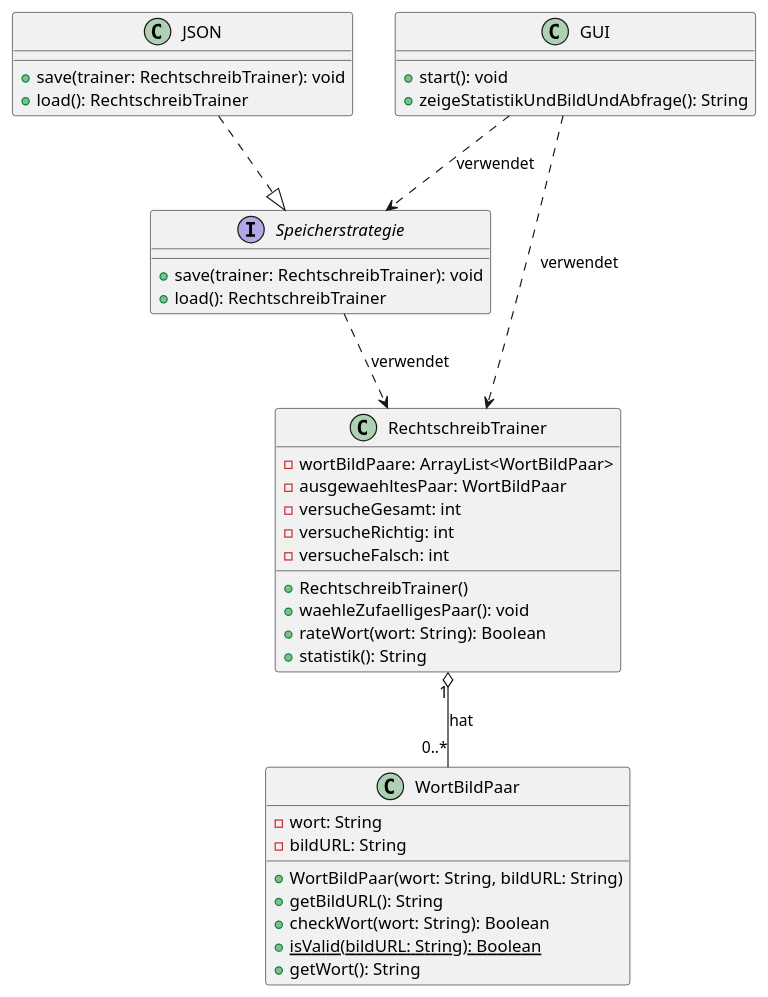
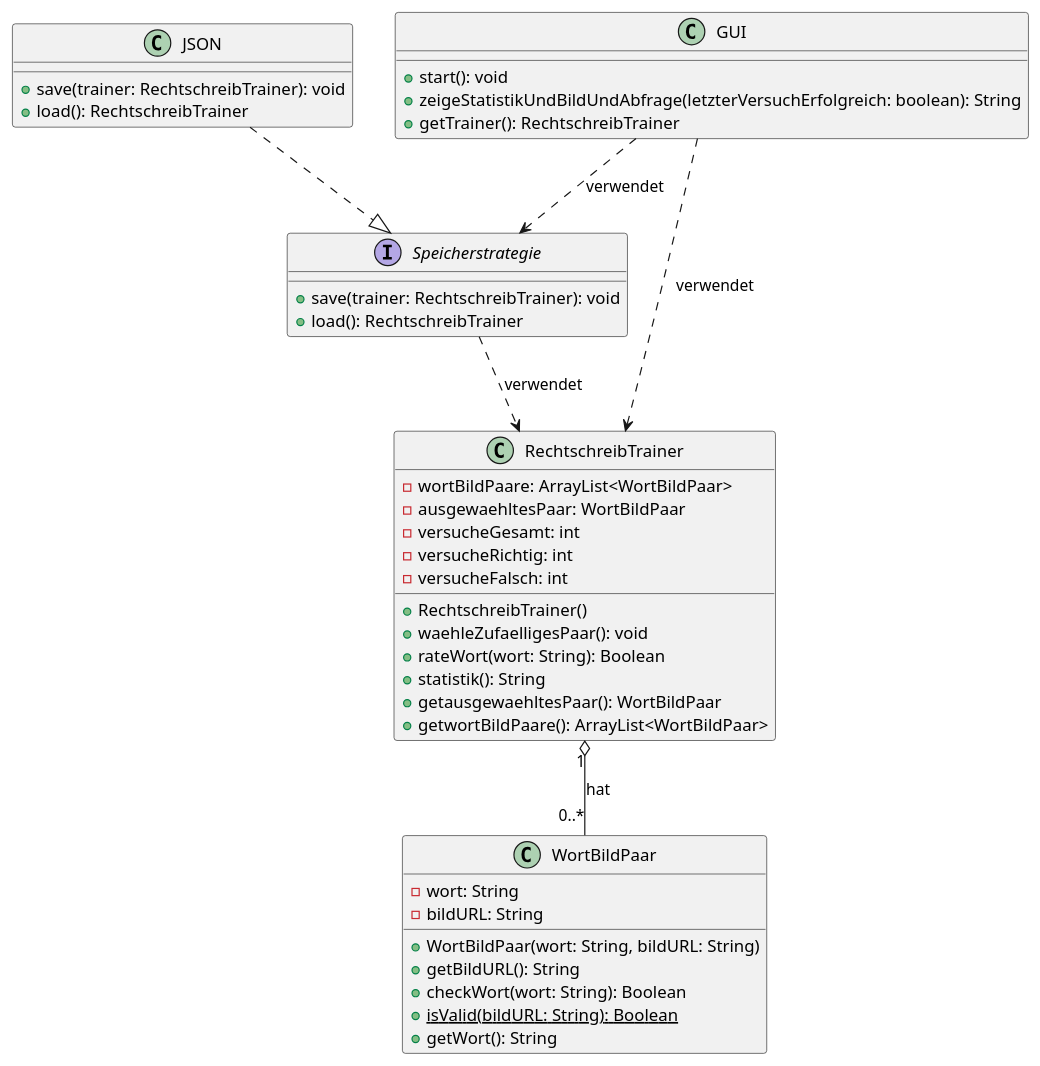
One commit to TGM-HIT/sew9-2425-worttrainer-rmartin69420 changed the diagram in src/main/java/org/rmartin/Worttrainer-UML.puml. Above: the diagram before and after it, drawn with PlantUML. The commit also changed 1 other file, not shown here.

Commit message:
Finales UML

```diff
--- a/src/main/java/org/rmartin/Worttrainer-UML.puml
+++ b/src/main/java/org/rmartin/Worttrainer-UML.puml
@@ -1,44 +1,47 @@
 @startuml
 class WortBildPaar {
   -wort: String
   -bildURL: String
   +WortBildPaar(wort: String, bildURL: String)
   +getBildURL(): String
   +checkWort(wort: String): Boolean
   {static} +isValid(bildURL: String): Boolean
   +getWort(): String
 }
 
 class RechtschreibTrainer {
   -wortBildPaare: ArrayList<WortBildPaar>
   -ausgewaehltesPaar: WortBildPaar
   -versucheGesamt: int
   -versucheRichtig: int
   -versucheFalsch: int
   +RechtschreibTrainer()
   +waehleZufaelligesPaar(): void
   +rateWort(wort: String): Boolean
   +statistik(): String
+  +getausgewaehltesPaar(): WortBildPaar
+  +getwortBildPaare(): ArrayList<WortBildPaar>
 }
 
 interface Speicherstrategie {
   +save(trainer: RechtschreibTrainer): void
   +load(): RechtschreibTrainer
 }
 
 class JSON {
   +save(trainer: RechtschreibTrainer): void
   +load(): RechtschreibTrainer
 }
 
 class GUI {
   +start(): void
-  +zeigeStatistikUndBildUndAbfrage(): String
+  +zeigeStatistikUndBildUndAbfrage(letzterVersuchErfolgreich: boolean): String
+  +getTrainer(): RechtschreibTrainer
 }
 
 RechtschreibTrainer "1" o-- "0..*" WortBildPaar : hat
 GUI ..> Speicherstrategie : verwendet
 JSON ..|> Speicherstrategie
 GUI ..> RechtschreibTrainer : verwendet
 Speicherstrategie ..> RechtschreibTrainer : verwendet
 @enduml
```
